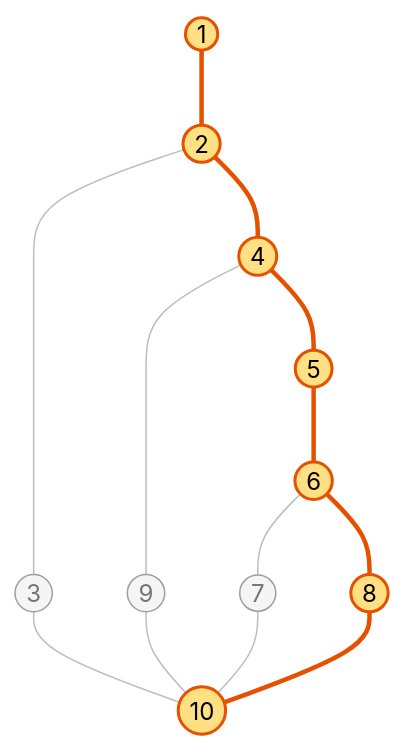
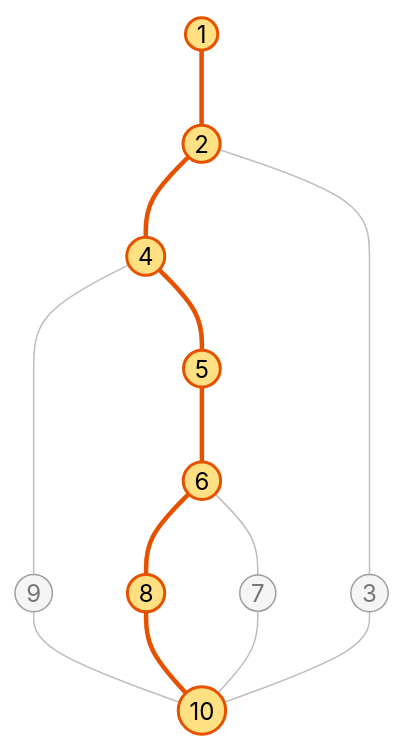
Before and after one commit to bloedige/itdb_ctf: the fifth of 5 diagrams in tests/docs/caja_blanca_06_permitir_flag.md, drawn with Mermaid. The commit also changed other lines of this file and 47 other files, not shown here.

````diff
--- a/tests/docs/caja_blanca_06_permitir_flag.md
+++ b/tests/docs/caja_blanca_06_permitir_flag.md
@@ -161,20 +161,20 @@
 ```mermaid
 graph TD
     n1((1)) --- n2((2))
-    n2 --- n3((3))
-    n3 --- n10((10))
     n2 --- n4((4))
+    n4 --- n9((9))
+    n9 --- n10((10))
     n4 --- n5((5))
     n5 --- n6((6))
-    n4 --- n9((9))
-    n9 --- n10
+    n6 --- n8((8))
+    n8 --- n10
     n6 --- n7((7))
     n7 --- n10
-    n6 --- n8((8))
-    n8 --- n10
+    n2 --- n3((3))
+    n3 --- n10
     classDef default fill:#f5f5f5,stroke:#9e9e9e,color:#757575
     classDef camino fill:#ffe082,stroke:#e65100,stroke-width:2px,color:#000
     class n1,n2,n4,n5,n6,n8,n10 camino
     linkStyle default stroke:#bdbdbd,stroke-width:1px
-    linkStyle 0,3,4,5,10,11 stroke:#e65100,stroke-width:3px
+    linkStyle 0,1,4,5,6,7 stroke:#e65100,stroke-width:3px
 ```
````
